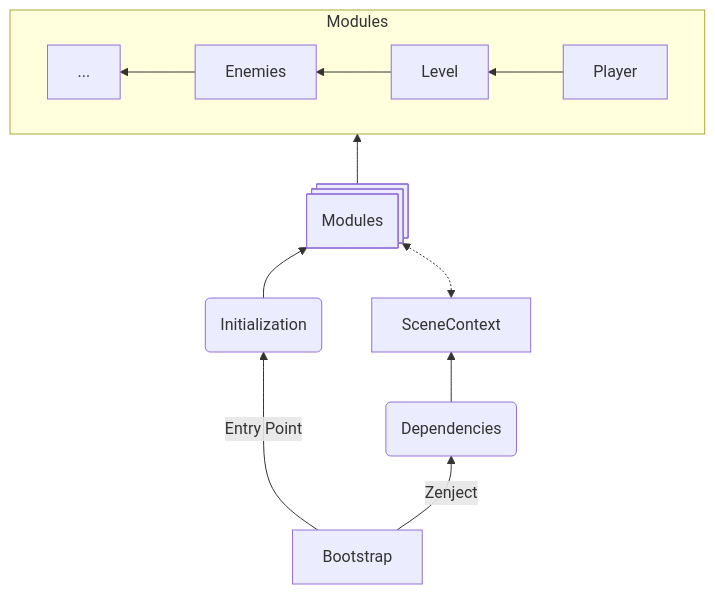
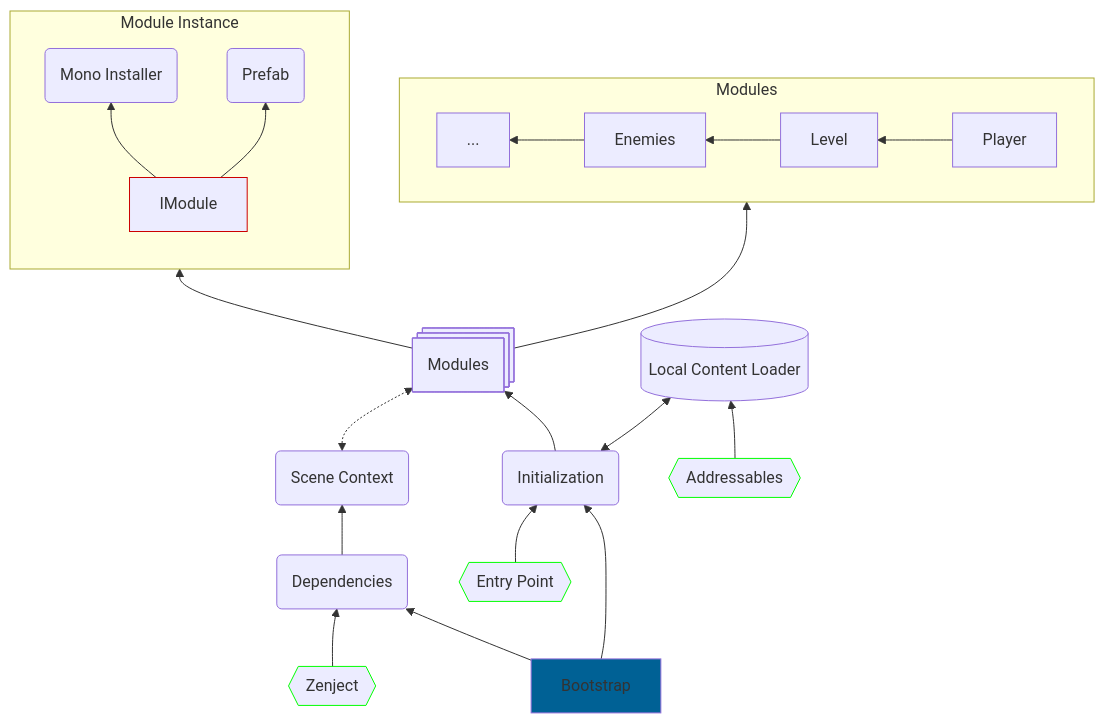
One commit to Danturador/LegendOfBay changed the diagram in README.md. Above: the diagram before and after it, drawn with Mermaid.

````diff
--- a/README.md
+++ b/README.md
@@ -1,20 +1,35 @@
 ```mermaid
 flowchart BT
-    Bootstrap-->|Entry Point| Init(Initialization);
-    Bootstrap-->|Zenject| Dep(Dependencies);
+    classDef bar stroke:#0f0
+    classDef red stroke:#cc0000
+    classDef main fill:#006195
+    Bootstrap:::main-->Init(Initialization);
+    Bootstrap-->Dep(Dependencies);
     
     Init-->Mods@{ shape: procs, label: "Modules"}
-
     
     Dep-->SceneContext;
-    SceneContext<-.->Mods;
+    Zenject:::bar@{ shape: hex, label: "Zenject" }-->Dep;
+    EntryPoint:::bar@{ shape: hex, label: "Entry Point" }-->Init;
+    Addressables:::bar@{ shape: hex, label: "Addressables" }-->LocalContentLoader;
+    SceneContext(Scene Context)<-.->Mods;
+    Mods-->ModuleGraph;
+    
+    subgraph ModuleGraph [Module Instance]
+    direction BT
+    IModule:::red-->MonoInstaller(Mono Installer);
+    IModule-->Prefab(Prefab);
+    end
 
     subgraph Modules
     direction RL
     Player-->Level;
     Level-->Enemies;
     Enemies-->Etc[...];
     end
 
     Mods-->Modules;
+    Init<-->LocalContentLoader@{ shape: cyl, label: "Local Content Loader" };
+
+    
 ```
````
